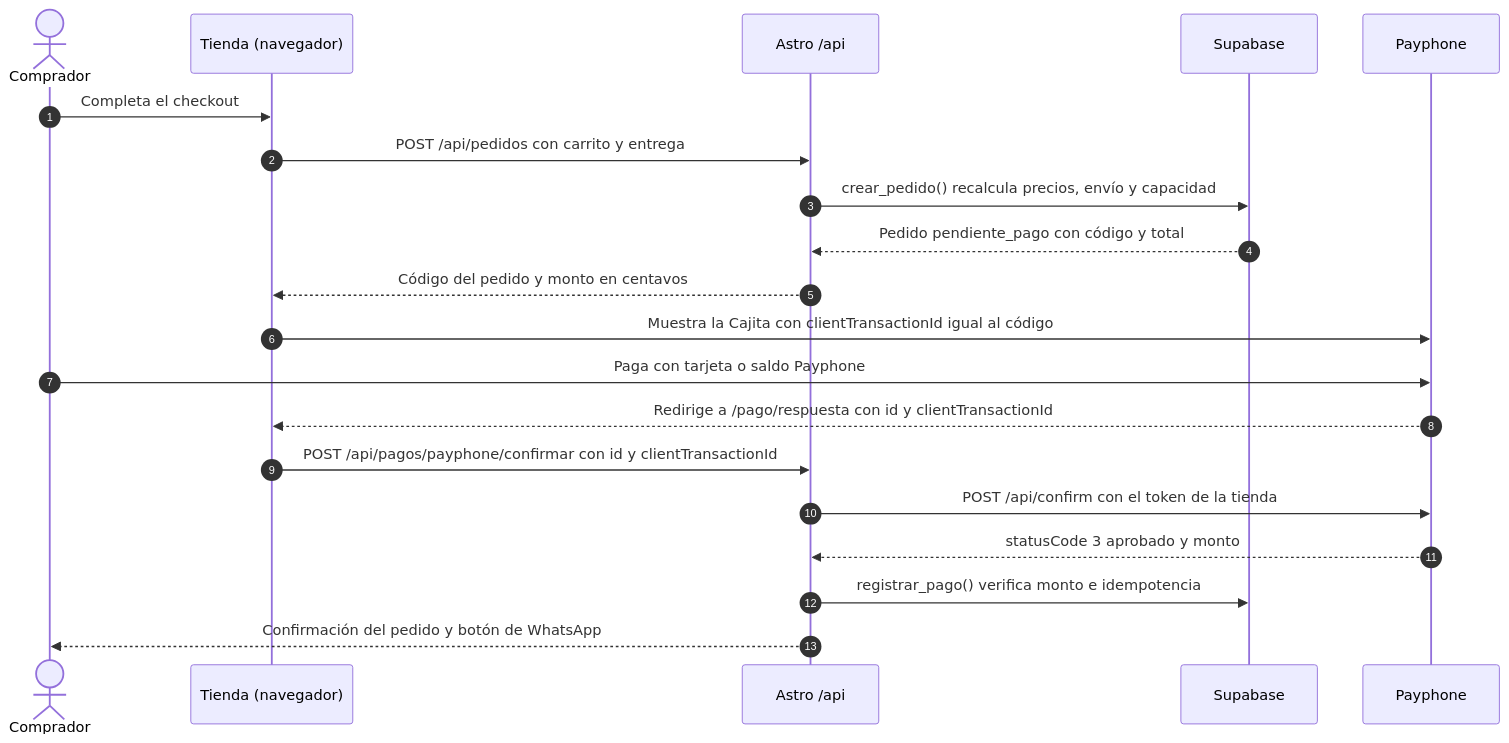
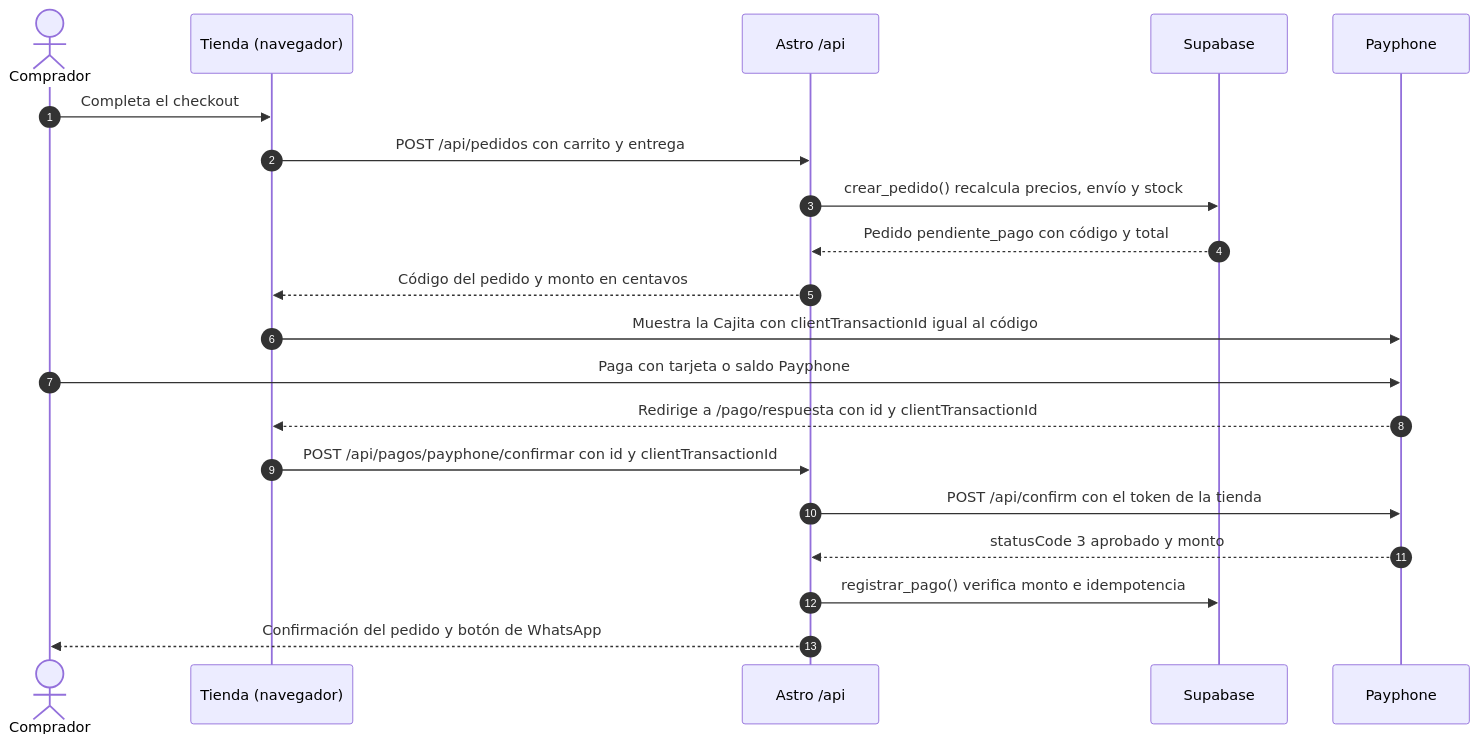
Before and after one commit to aparrauio/QBtienda: the third of 11 diagrams in README.md, drawn with Mermaid. The commit also changed other lines of this file and 1 other file, not shown here.

````diff
--- a/README.md
+++ b/README.md
@@ -450,22 +446,22 @@
 ```mermaid
 sequenceDiagram
     autonumber
     actor C as Comprador
     participant T as Tienda (navegador)
     participant API as Astro /api
     participant DB as Supabase
     participant PP as Payphone
     C->>T: Completa el checkout
     T->>API: POST /api/pedidos con carrito y entrega
-    API->>DB: crear_pedido() recalcula precios, envío y capacidad
+    API->>DB: crear_pedido() recalcula precios, envío y stock
     DB-->>API: Pedido pendiente_pago con código y total
     API-->>T: Código del pedido y monto en centavos
     T->>PP: Muestra la Cajita con clientTransactionId igual al código
     C->>PP: Paga con tarjeta o saldo Payphone
     PP-->>T: Redirige a /pago/respuesta con id y clientTransactionId
     T->>API: POST /api/pagos/payphone/confirmar con id y clientTransactionId
     API->>PP: POST /api/confirm con el token de la tienda
     PP-->>API: statusCode 3 aprobado y monto
     API->>DB: registrar_pago() verifica monto e idempotencia
     API-->>C: Confirmación del pedido y botón de WhatsApp
 ```
````
